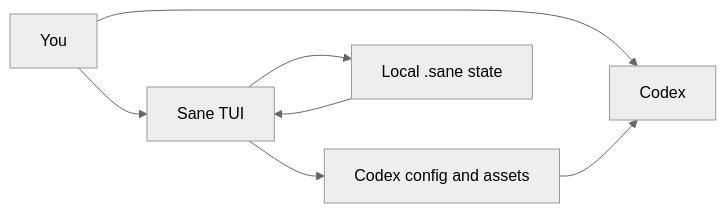
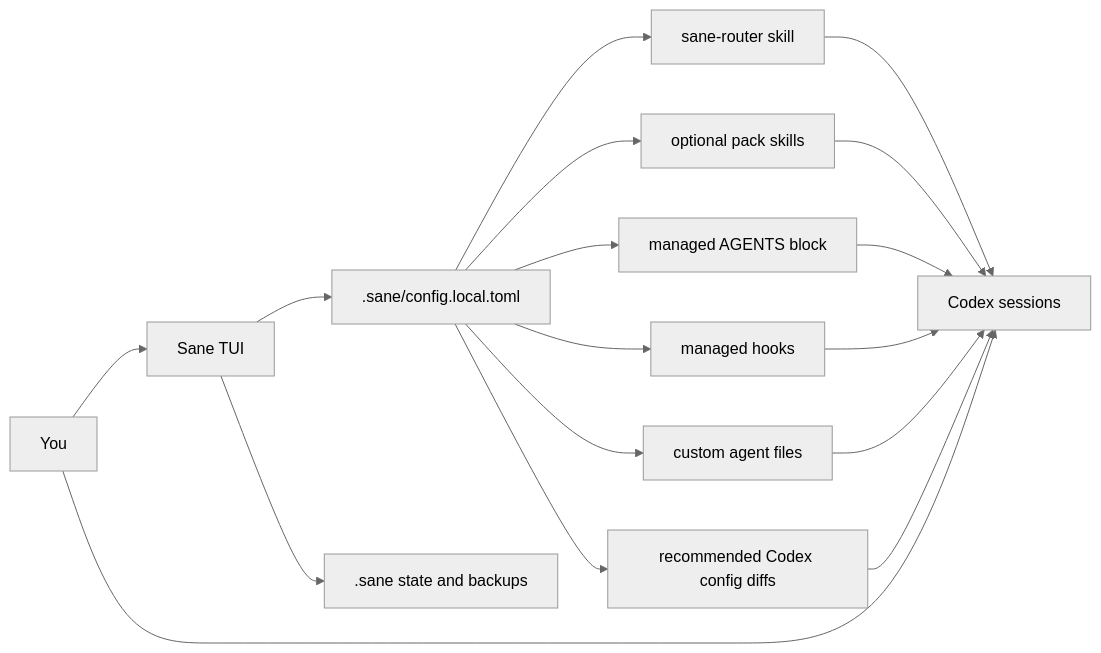
Before and after one commit to lammersbjorn/sane: the diagram in README.md, drawn with Mermaid (neutral theme). The commit also changed other lines of this file and 8 other files, not shown here.

````diff
--- a/README.md
+++ b/README.md
@@ -107,9 +159,19 @@
 ```mermaid
 flowchart LR
     U["You"] --> T["Sane TUI"]
-    T --> C["Codex config and assets"]
-    T --> S["Local .sane state"]
-    U --> X["Codex"]
+    T --> L[".sane/config.local.toml"]
+    L --> R["sane-router skill"]
+    L --> P["optional pack skills"]
+    L --> A["managed AGENTS block"]
+    L --> H["managed hooks"]
+    L --> G["custom agent files"]
+    L --> C["recommended Codex config diffs"]
+    T --> S[".sane state and backups"]
+    R --> X["Codex sessions"]
+    P --> X
+    A --> X
+    H --> X
+    G --> X
     C --> X
-    S --> T
+    U --> X
 ```
````
